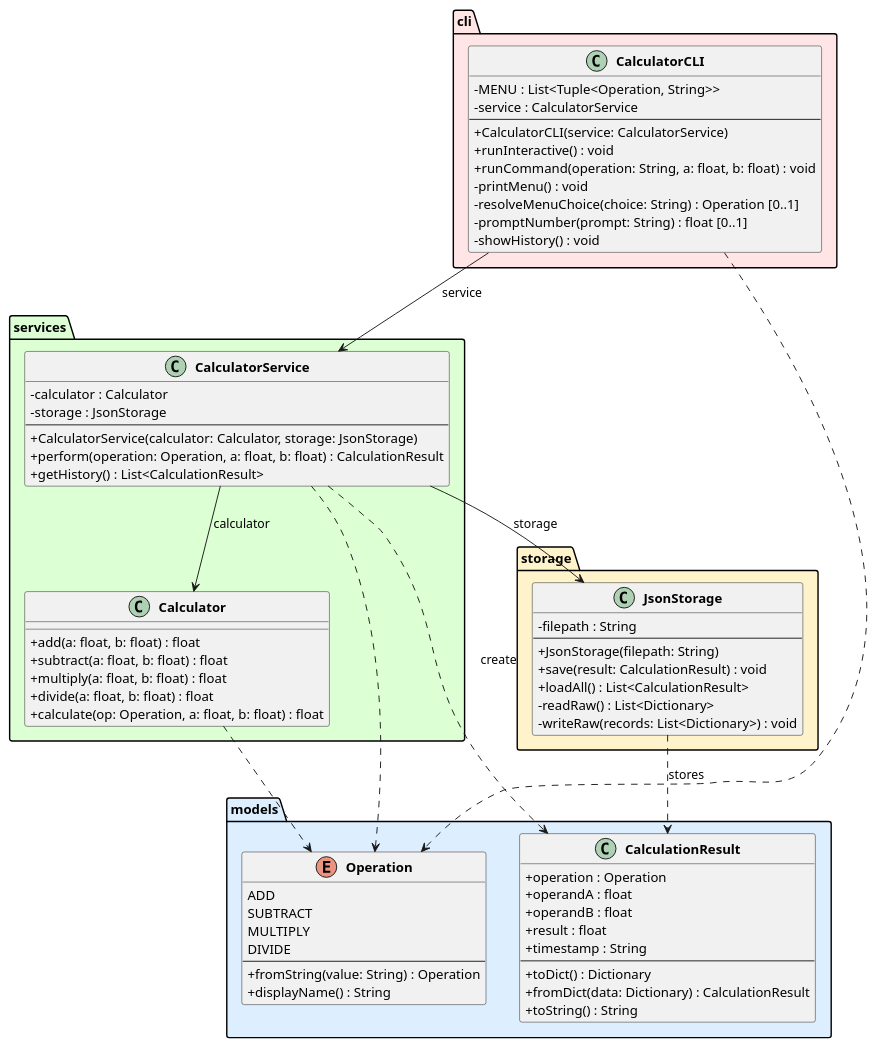
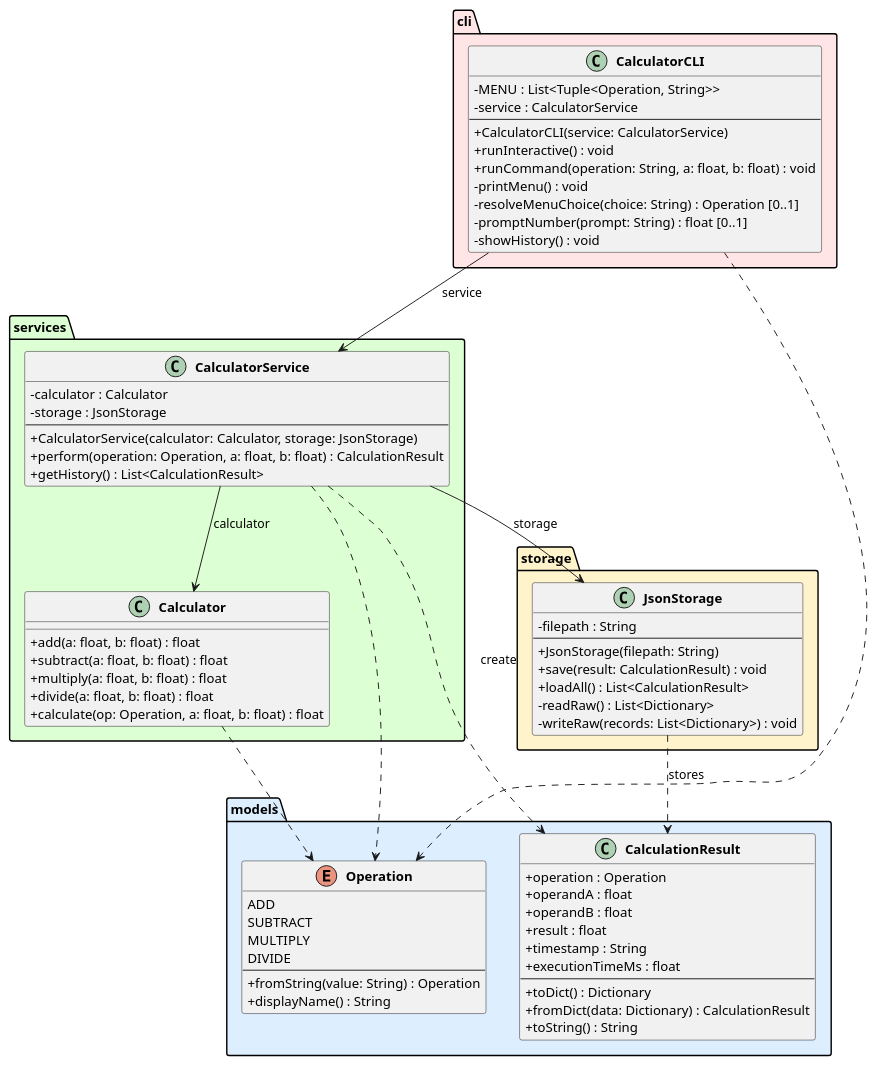
One commit to DanielRiha8906/Software_autoevolution_using_agents changed the diagram in experiments/pipeline/test_driven/calculator/artifacts/class_diagram.puml. Above: the diagram before and after it, drawn with PlantUML. The commit also changed 4 other files, not shown here.

First line of the commit message:
task 01: Add execution time tracking to calculator

```diff
--- a/experiments/pipeline/test_driven/calculator/artifacts/class_diagram.puml
+++ b/experiments/pipeline/test_driven/calculator/artifacts/class_diagram.puml
@@ -1,86 +1,87 @@
 @startuml class_diagram
 
 skinparam classAttributeIconSize 0
 skinparam classFontStyle bold
 
 package "models" #DDEEFF {
     enum Operation {
         ADD
         SUBTRACT
         MULTIPLY
         DIVIDE
         --
         +fromString(value: String) : Operation
         +displayName() : String
     }
 
     class CalculationResult {
         +operation : Operation
         +operandA : float
         +operandB : float
         +result : float
         +timestamp : String
+        +executionTimeMs : float
         --
         +toDict() : Dictionary
         +fromDict(data: Dictionary) : CalculationResult
         +toString() : String
     }
 }
 
 package "services" #DDFFD4 {
     class Calculator {
         +add(a: float, b: float) : float
         +subtract(a: float, b: float) : float
         +multiply(a: float, b: float) : float
         +divide(a: float, b: float) : float
         +calculate(op: Operation, a: float, b: float) : float
     }
 
     class CalculatorService {
         -calculator : Calculator
         -storage : JsonStorage
         --
         +CalculatorService(calculator: Calculator, storage: JsonStorage)
         +perform(operation: Operation, a: float, b: float) : CalculationResult
         +getHistory() : List<CalculationResult>
     }
 }
 
 package "storage" #FFF3CC {
     class JsonStorage {
         -filepath : String
         --
         +JsonStorage(filepath: String)
         +save(result: CalculationResult) : void
         +loadAll() : List<CalculationResult>
         -readRaw() : List<Dictionary>
         -writeRaw(records: List<Dictionary>) : void
     }
 }
 
 package "cli" #FFE5E5 {
     class CalculatorCLI {
         -MENU : List<Tuple<Operation, String>>
         -service : CalculatorService
         --
         +CalculatorCLI(service: CalculatorService)
         +runInteractive() : void
         +runCommand(operation: String, a: float, b: float) : void
         -printMenu() : void
         -resolveMenuChoice(choice: String) : Operation [0..1]
         -promptNumber(prompt: String) : float [0..1]
         -showHistory() : void
     }
 }
 
 CalculatorCLI --> CalculatorService : service
 CalculatorService --> Calculator : calculator
 CalculatorService --> JsonStorage : storage
 
 CalculatorService ..> CalculationResult : create
 CalculatorService ..> Operation
 CalculatorCLI ..> Operation
 Calculator ..> Operation
 JsonStorage ..> CalculationResult : stores
 
 @enduml
```
